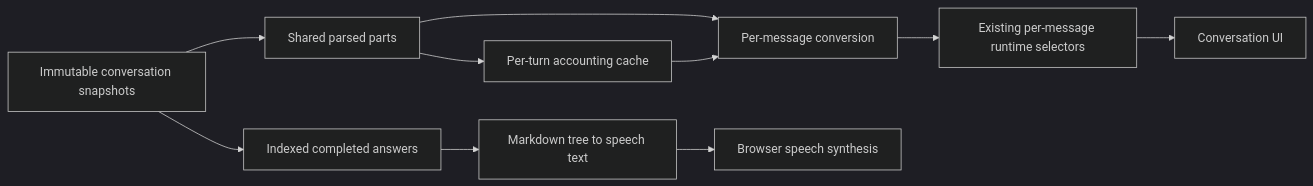
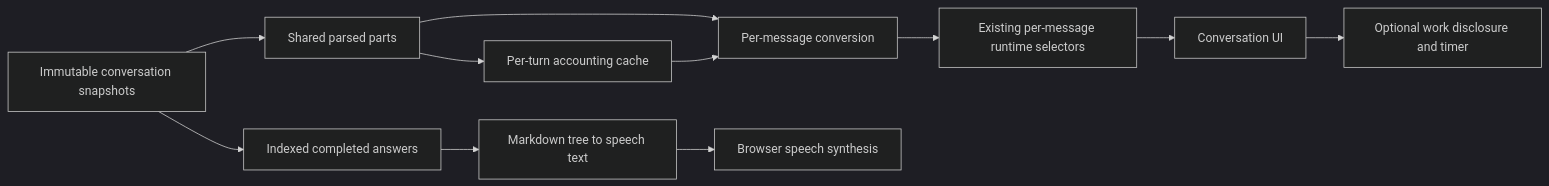
Before and after one commit to ocman/ocman: diagram 15 of 19 in docs/other/architecture.md, drawn with Mermaid (dark theme). The commit also changed other lines of this file and 15 other files, not shown here.

````diff
--- a/docs/other/architecture.md
+++ b/docs/other/architecture.md
@@ -1694,12 +1698,13 @@
 ```mermaid
 flowchart LR
     Stream[Immutable conversation snapshots] --> Parse[Shared parsed parts]
     Parse --> Convert[Per-message conversion]
     Parse --> Stats[Per-turn accounting cache]
     Stats --> Convert
     Convert --> Select[Existing per-message runtime selectors]
     Select --> Thread[Conversation UI]
+    Thread --> Activity[Optional work disclosure and timer]
     Stream --> Answers[Indexed completed answers]
     Answers --> Text[Markdown tree to speech text]
     Text --> Speech[Browser speech synthesis]
 ```
````
